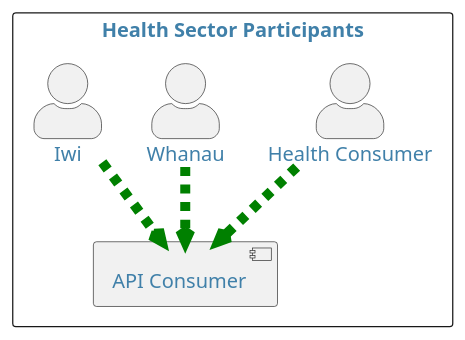
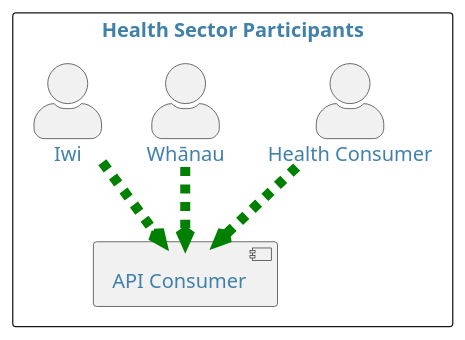
Before and after one commit to tewhatuora/api-standards: the third of 4 diagrams in docs/api-concepts/ComponentDefinitions.md, drawn with PlantUML. The commit also changed other lines of this file and 2 other files, not shown here.

Commit message:
adding correct macron to Whānau

````diff
--- a/docs/api-concepts/ComponentDefinitions.md
+++ b/docs/api-concepts/ComponentDefinitions.md
@@ -116,25 +116,25 @@
 ```plantuml alt="Diagram showing Health Sector participants"
 @startuml
 
 skinparam {
     defaultFontColor #4080a9
     defaultBackgroundColor #d7f8ff
     defaultComponentColour #61d9de
     defaultActorColour #61d9de
     defaultFontSize 16
     defaultArrowThickness 6
     actorStyle awesome
     linetype polyline
 }
 
 rectangle "Health Sector Participants" as HSP {
     actor "Health Consumer" as HC
-    actor "Whanau"
+    actor "Whānau"
     actor "Iwi"
     component "API Consumer" as AC
     HC .[#green,dashed,thickness=8].> AC
-    Whanau .[#green,dashed,thickness=8].> AC
+    Whānau .[#green,dashed,thickness=8].> AC
     Iwi .[#green,dashed,thickness=8].> AC
 }
 @enduml
 ```
````
